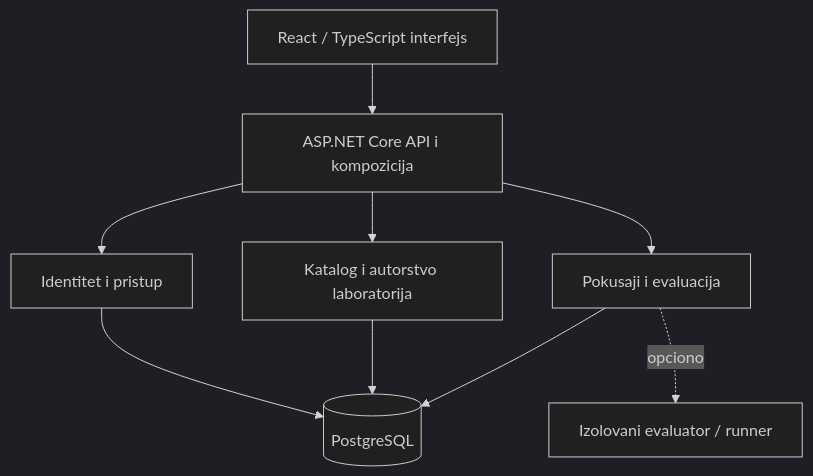
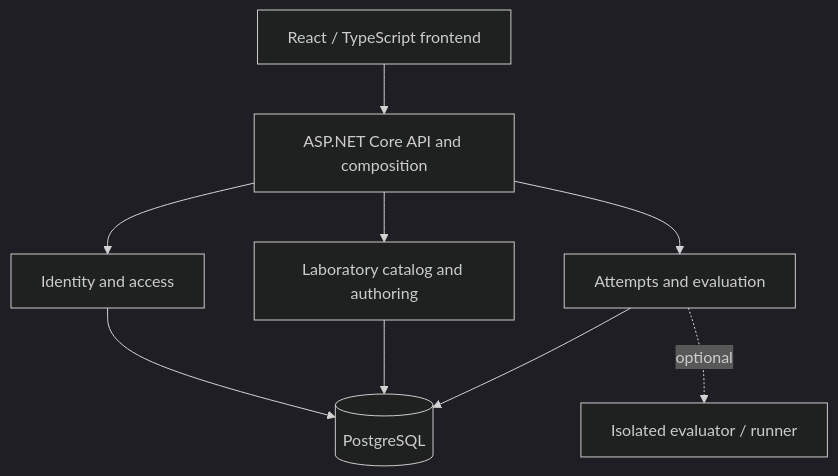
One commit to owlCoder/scutum changed the diagram in docs/ARHITEKTURA.md. Above: the diagram before and after it, drawn with Mermaid (dark theme). The commit also changed other lines of this file and 14 other files, not shown here.

````diff
--- a/docs/ARHITEKTURA.md
+++ b/docs/ARHITEKTURA.md
@@ -5,11 +5,11 @@
 ```mermaid
 flowchart TB
-  UI[React / TypeScript interfejs] --> API[ASP.NET Core API i kompozicija]
-  API --> ID[Identitet i pristup]
-  API --> LAB[Katalog i autorstvo laboratorija]
-  API --> ATT[Pokusaјi i evaluacija]
+  UI[React / TypeScript frontend] --> API[ASP.NET Core API and composition]
+  API --> ID[Identity and access]
+  API --> LAB[Laboratory catalog and authoring]
+  API --> ATT[Attempts and evaluation]
   ID --> DB[(PostgreSQL)]
   LAB --> DB
   ATT --> DB
-  ATT -. opciono .-> RUN[Izolovani evaluator / runner]
+  ATT -. optional .-> RUN[Isolated evaluator / runner]
 ```
````
